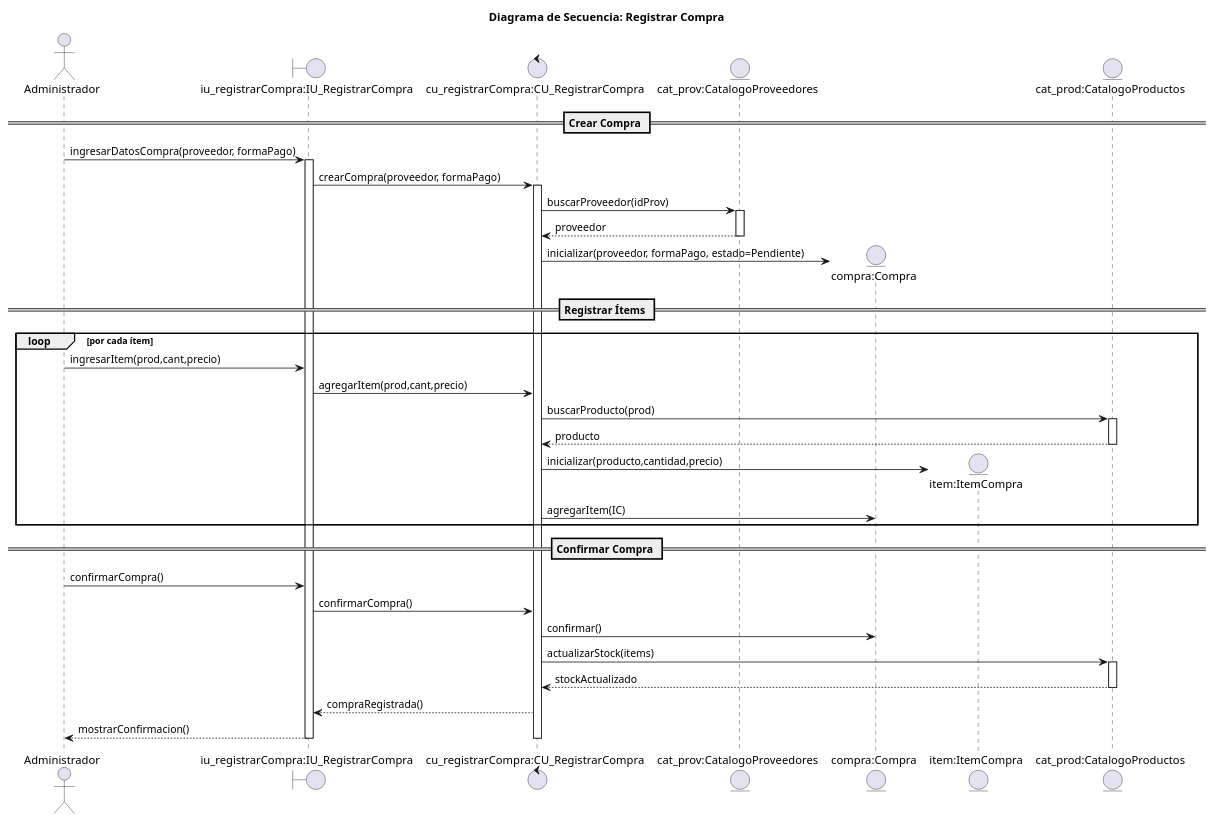
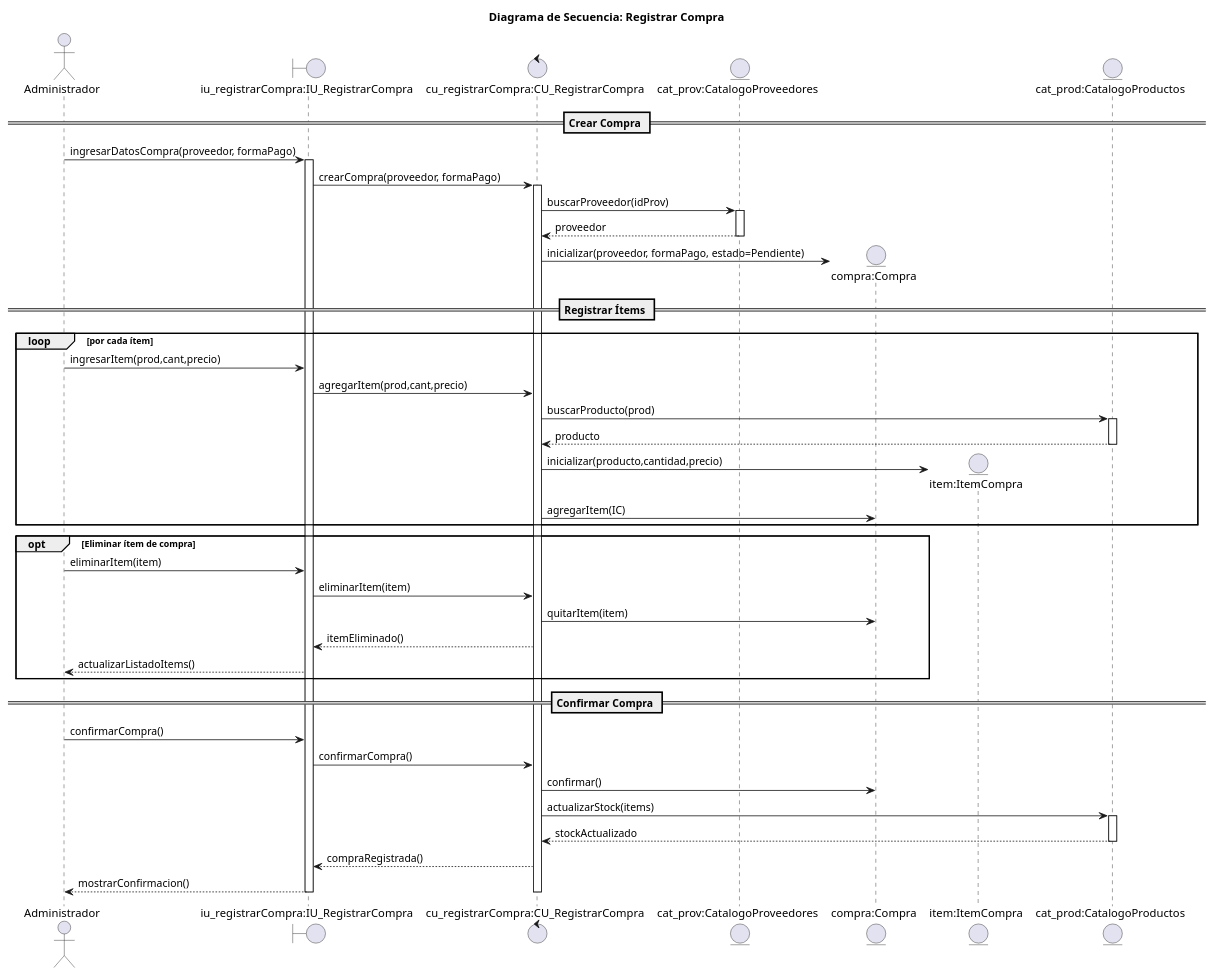
One commit to Luci1274/PPI_Proyecto_gomeria changed the diagram in 08-Diagrama-secuencia/02_Registrar_compra.puml. Above: the diagram before and after it, drawn with PlantUML. The commit also changed 9 other files, not shown here.

```diff
--- a/08-Diagrama-secuencia/02_Registrar_compra.puml
+++ b/08-Diagrama-secuencia/02_Registrar_compra.puml
@@ -1,61 +1,71 @@
 @startuml registrar_compra
 
 title Diagrama de Secuencia: Registrar Compra
 
 actor Administrador
 boundary "iu_registrarCompra:IU_RegistrarCompra" as IU
 control "cu_registrarCompra:CU_RegistrarCompra" as CU
 entity "cat_prov:CatalogoProveedores" as CP
 entity "compra:Compra" as C
 entity "item:ItemCompra" as IC
 entity "cat_prod:CatalogoProductos" as PROD
 
 == Crear Compra ==
 Administrador -> IU: ingresarDatosCompra(proveedor, formaPago)
 activate IU
 
 IU -> CU: crearCompra(proveedor, formaPago)
 activate CU
 
 CU -> CP: buscarProveedor(idProv)
 activate CP
 CP --> CU: proveedor
 deactivate CP
 
 create C
 CU -> C: inicializar(proveedor, formaPago, estado=Pendiente)
 
 == Registrar Ítems ==
 loop por cada ítem
     Administrador -> IU: ingresarItem(prod,cant,precio)
     IU -> CU: agregarItem(prod,cant,precio)
 
     CU -> PROD: buscarProducto(prod)
     activate PROD
     PROD --> CU: producto
     deactivate PROD
 
     create IC
     CU -> IC: inicializar(producto,cantidad,precio)
 
     CU -> C: agregarItem(IC)
 end
 
+opt Eliminar ítem de compra
+    Administrador -> IU: eliminarItem(item)
+    IU -> CU: eliminarItem(item)
+
+    CU -> C: quitarItem(item)
+
+    CU --> IU: itemEliminado()
+    IU --> Administrador: actualizarListadoItems()
+end
+
 == Confirmar Compra ==
 Administrador -> IU: confirmarCompra()
 IU -> CU: confirmarCompra()
 
 CU -> C: confirmar()
 
 CU -> PROD: actualizarStock(items)
 activate PROD
 PROD --> CU: stockActualizado
 deactivate PROD
 
 CU --> IU: compraRegistrada()
 IU --> Administrador: mostrarConfirmacion()
 
 deactivate CU
 deactivate IU
 
 @enduml
```
